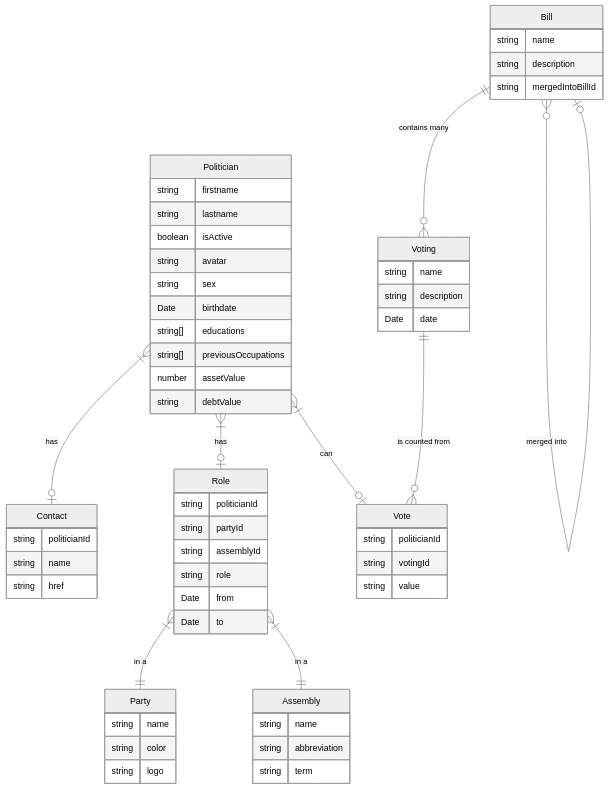
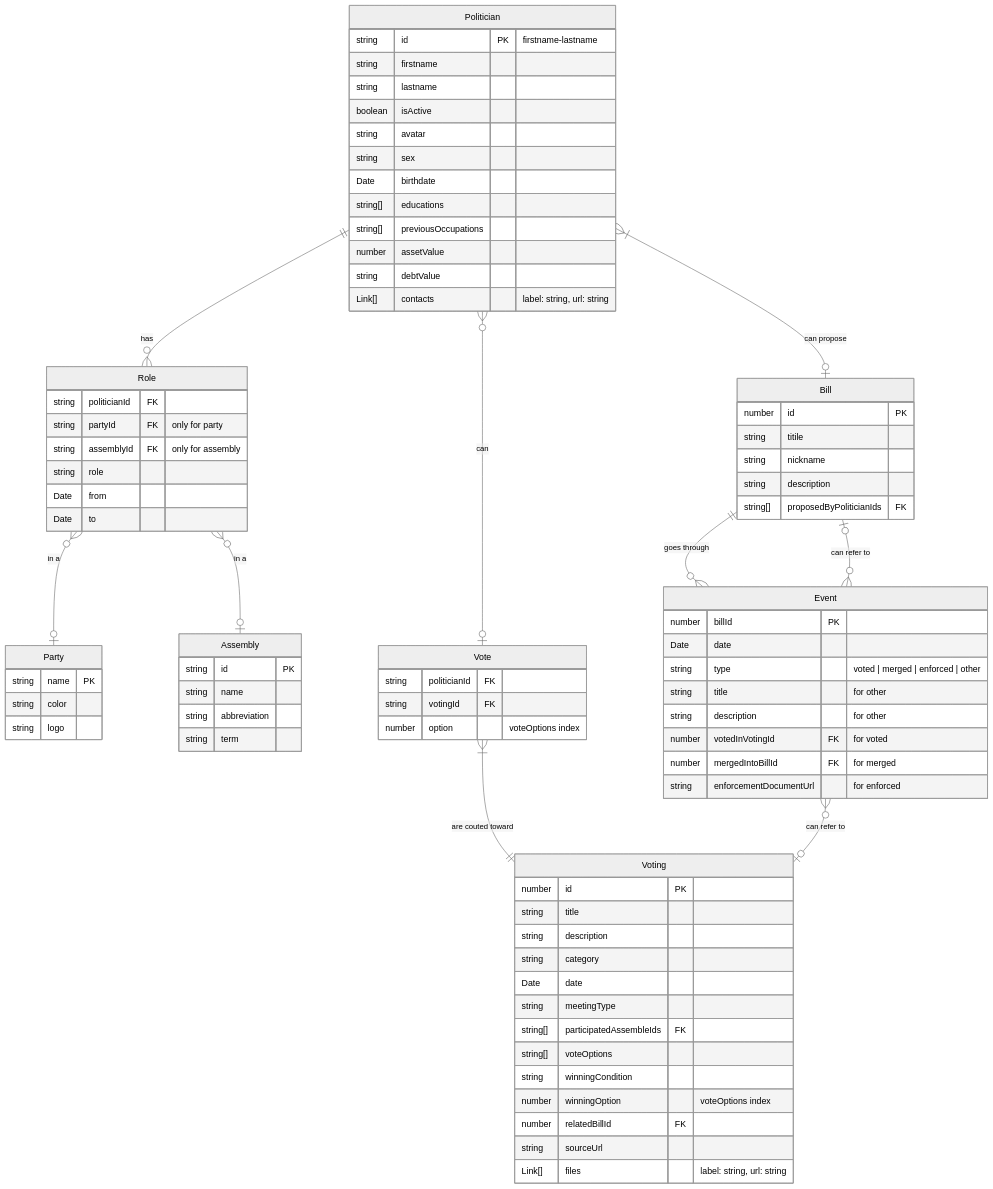
The diagram in src/models/README.md (wevisdemo/parliament-watch), drawn with Mermaid (neutral theme) before and after one commit. The commit also changed other lines of this file, not shown here.

Commit message:
docs: improve bill, event, and voting type

````diff
--- a/src/models/README.md
+++ b/src/models/README.md
@@ -3,15 +3,17 @@
 ```mermaid
 erDiagram
-  Politician }|--o| Contact: "has"
-  Politician }|--o| Role: "has"
-  Role }|--|| Party: "in a"
-  Role }|--|| Assembly: "in a"
-  Politician }|--o| Vote: "can"
-  Bill }o--o| Bill: "merged into"
-  Bill ||--o{ Voting: "contains many"
-  Voting ||--o{ Vote: "is counted from"
+  Politician ||--o{ Role: "has"
+  Role }o--o| Party: "in a"
+  Role }o--o| Assembly: "in a"
+  Politician }o--o| Vote: "can"
+  Politician }|--o| Bill: "can propose"
+  Vote }|--|| Voting: "are couted toward"
+  Bill ||--o{ Event: "goes through"
+  Event }o--o| Bill: "can refer to"
+  Event }o--o| Voting: "can refer to"
 
   Politician {
+    string id PK "firstname-lastname"
     string firstname
     string lastname
     boolean isActive
@@ -22,52 +24,69 @@
     string[] previousOccupations
     number assetValue
     string debtValue
-  }
-
-  Contact {
-    string politicianId
-    string name
-    string href
+    Link[] contacts "label: string, url: string"
   }
 
   Role {
-    string politicianId
-    string partyId
-    string assemblyId
+    string politicianId FK
+    string partyId FK "only for party"
+    string assemblyId FK "only for assembly"
     string role
     Date from
     Date to
   }
 
   Party {
-    string name
+    string name PK
     string color
     string logo
   }
 
   Assembly {
+    string id PK
     string name
     string abbreviation
     string term
   }
 
   Bill {
-    string name
+    number id PK
+    string titile
+    string nickname
     string description
-    string mergedIntoBillId
+    string[] proposedByPoliticianIds FK
   }
 
   Voting {
-    string name
+    number id PK
+    string title
     string description
+    string category
     Date date
+    string meetingType
+    string[] participatedAssembleIds FK
+    string[] voteOptions
+    string winningCondition
+    number winningOption "voteOptions index"
+    number relatedBillId FK
+    string sourceUrl
+    Link[] files "label: string, url: string"
   }
 
   Vote {
-    string politicianId
-    string votingId
-    string value
+    string politicianId FK
+    string votingId FK
+    number option "voteOptions index"
   }
 
-
+  Event {
+    number billId PK
+    Date date
+    string type "voted | merged | enforced | other"
+    string title "for other"
+    string description "for other"
+    number votedInVotingId FK "for voted"
+    number mergedIntoBillId FK "for merged"
+    string enforcementDocumentUrl "for enforced"
+  }
 ```
````
